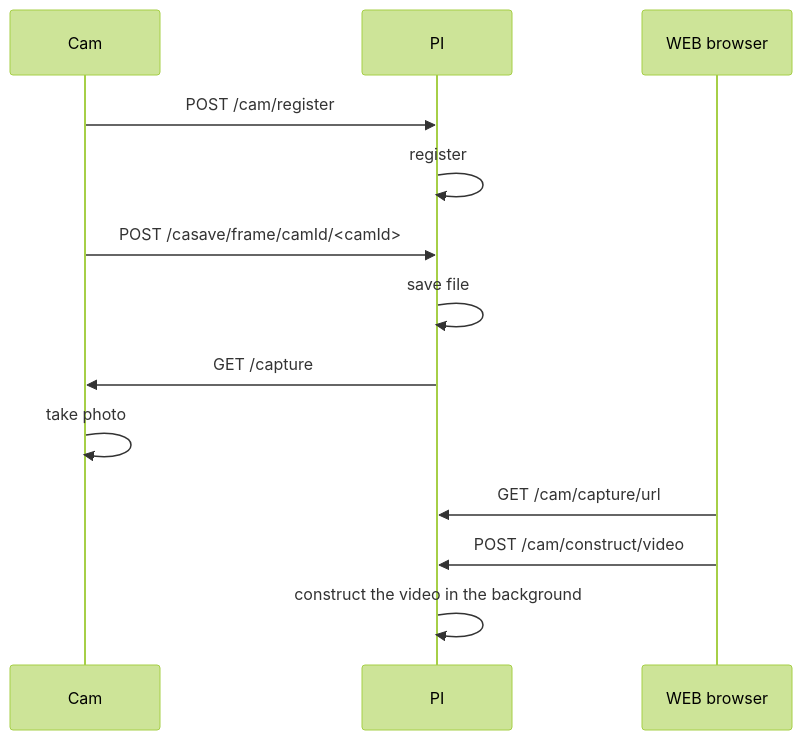
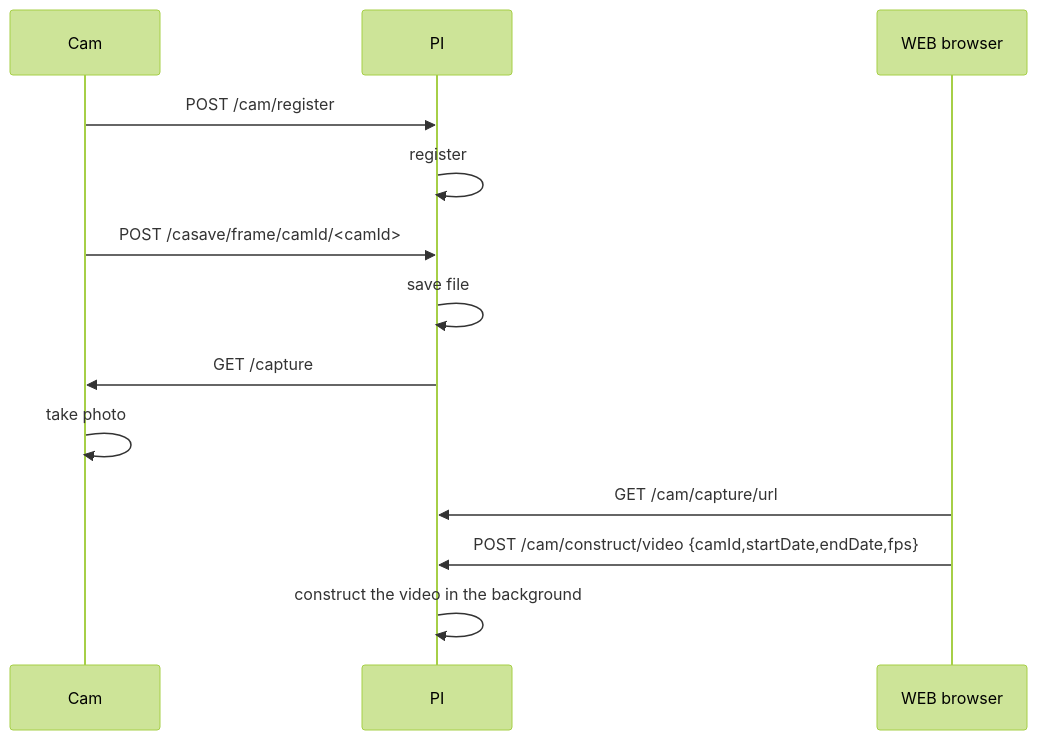
The diagram in Wiki/CentralController/centralController.md (dallaszkorben/diy-greenwall), drawn with Mermaid (forest theme) before and after one commit.

````diff
--- a/Wiki/CentralController/centralController.md
+++ b/Wiki/CentralController/centralController.md
@@ -458,19 +458,19 @@
 ```mermaid
 sequenceDiagram
 participant Cam
 participant PI
 participant WEB browser
 Cam->>PI: POST /cam/register
 PI->>PI: register
 
 Cam->>PI: POST /casave/frame/camId/<camId>
 PI->>PI: save file
 
 PI->>Cam: GET /capture
 Cam->>Cam: take photo
 
 WEB browser->>PI: GET /cam/capture/url
-WEB browser->>PI: POST /cam/construct/video
+WEB browser->>PI: POST /cam/construct/video {camId,startDate,endDate,fps}
 PI->>PI: construct the video in the background
 
   ```
````
